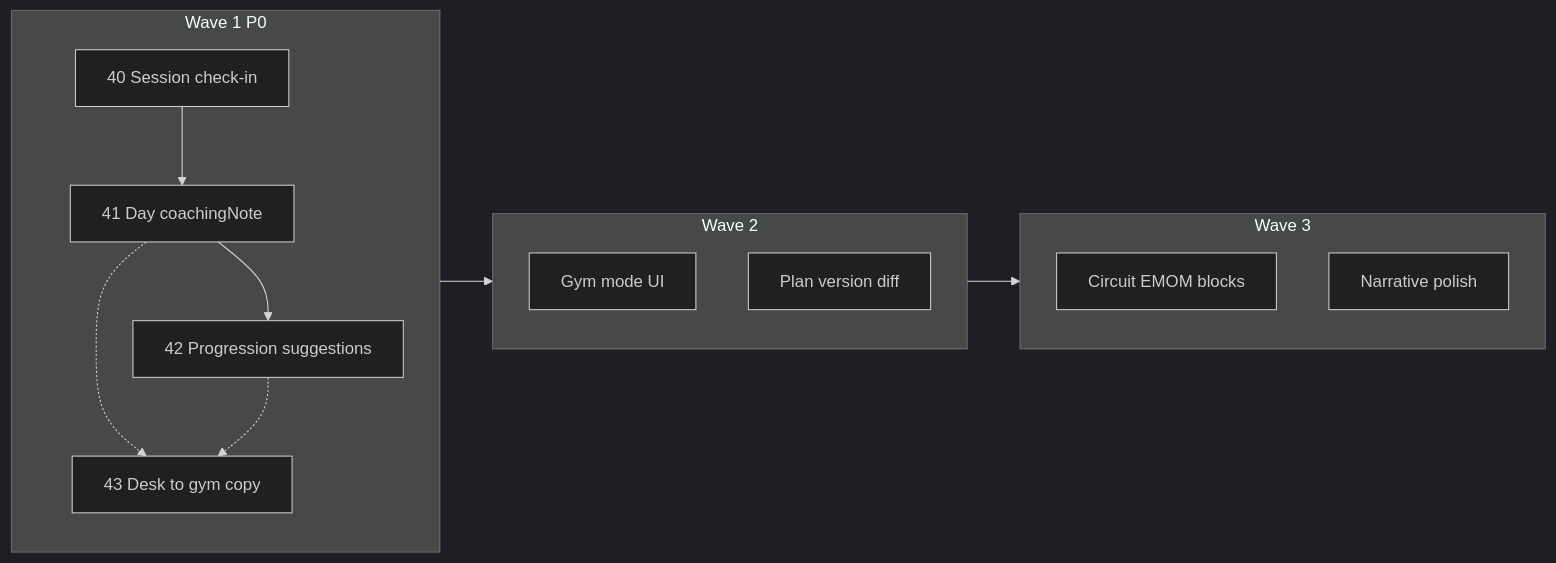
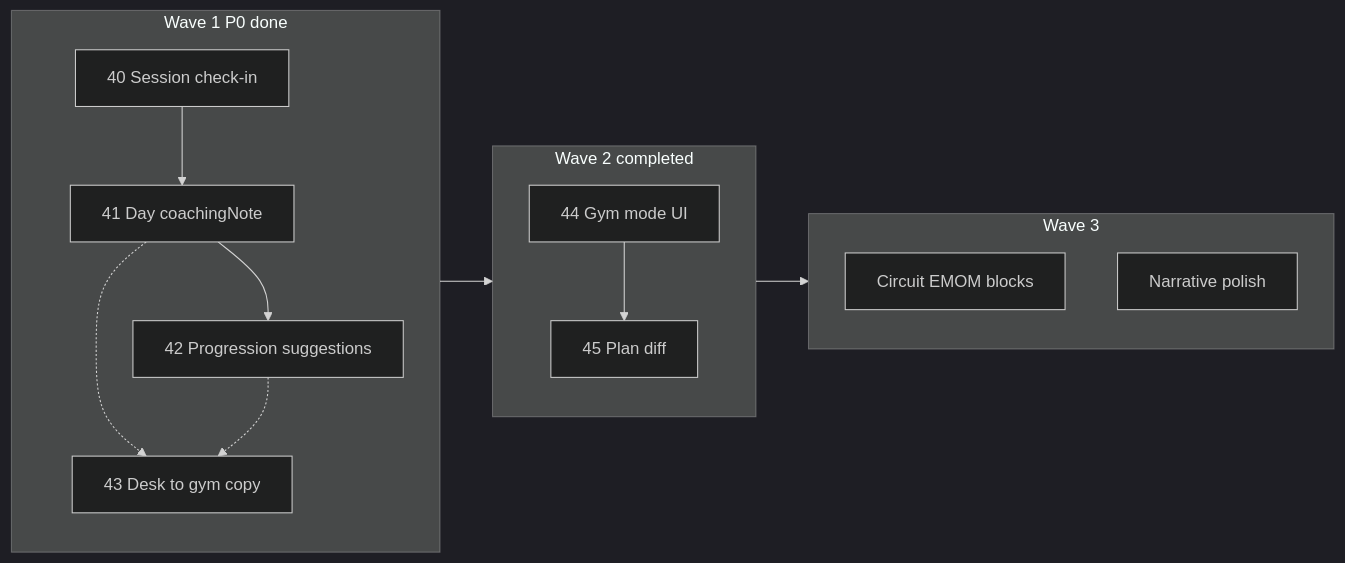
One commit to edar-dev/powercoach-studio changed the diagram in .cursor/plans/feature-roadmap-v7.plan.md. Above: the diagram before and after it, drawn with Mermaid (dark theme). The commit also changed other lines of this file and 32 other files, not shown here.

First line of the commit message:
feat(identity): Wave 2 — gym mode + plan version diff (#124)

````diff
--- a/.cursor/plans/feature-roadmap-v7.plan.md
+++ b/.cursor/plans/feature-roadmap-v7.plan.md
@@ -52,21 +58,22 @@
 ```mermaid
 flowchart LR
-  subgraph wave1 [Wave 1 P0]
+  subgraph wave1 [Wave 1 P0 done]
     F40[40 Session check-in]
     F41[41 Day coachingNote]
     F42[42 Progression suggestions]
     F43[43 Desk to gym copy]
   end
-  subgraph wave2 [Wave 2]
-    gymMode[Gym mode UI]
-    planDiff[Plan version diff]
+  subgraph wave2 [Wave 2 completed]
+    F44[44 Gym mode UI]
+    F45[45 Plan diff]
   end
   subgraph wave3 [Wave 3]
     density[Circuit EMOM blocks]
     narrative[Narrative polish]
   end
   F40 --> F41 --> F42
   F41 -.-> F43
   F42 -.-> F43
   wave1 --> wave2 --> wave3
+  F44 --> F45
 ```
````
